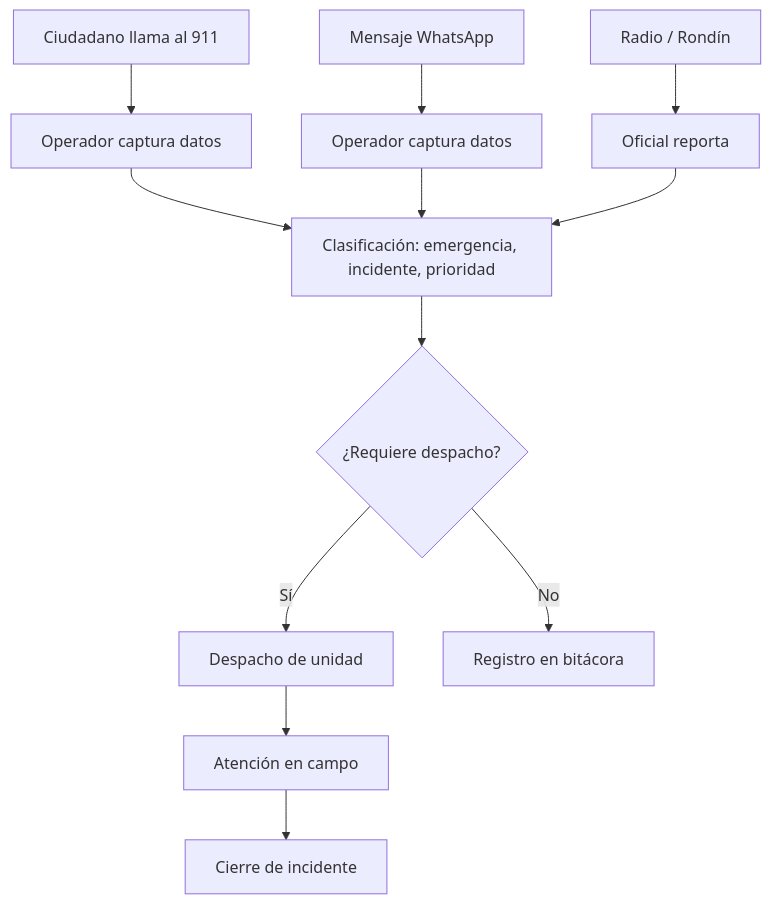
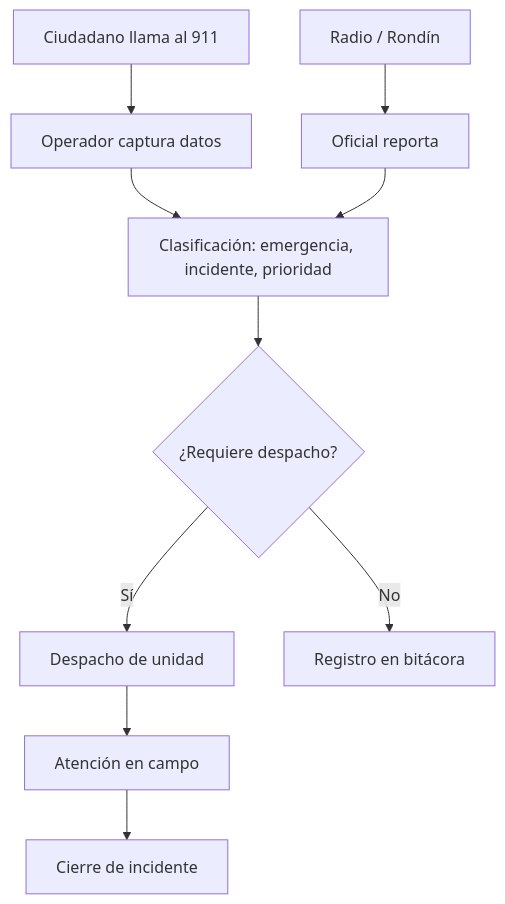
Before and after one commit to CESARBR2025/sentinel-qa: the diagram in boveda/🧩 Features/911.md, drawn with Mermaid. The commit also changed other lines of this file and 29 other files, not shown here.

````diff
--- a/boveda/🧩 Features/911.md
+++ b/boveda/🧩 Features/911.md
@@ -9,14 +9,12 @@
 ```mermaid
 flowchart TD
     A[Ciudadano llama al 911] --> B[Operador captura datos]
-    A2[Mensaje WhatsApp] --> B2[Operador captura datos]
     A3[Radio / Rondín] --> B3[Oficial reporta]
     B --> C[Clasificación: emergencia, incidente, prioridad]
-    B2 --> C
     B3 --> C
     C --> D{¿Requiere despacho?}
     D -->|Sí| E[Despacho de unidad]
     D -->|No| F[Registro en bitácora]
     E --> G[Atención en campo]
     G --> H[Cierre de incidente]
 ```
````
